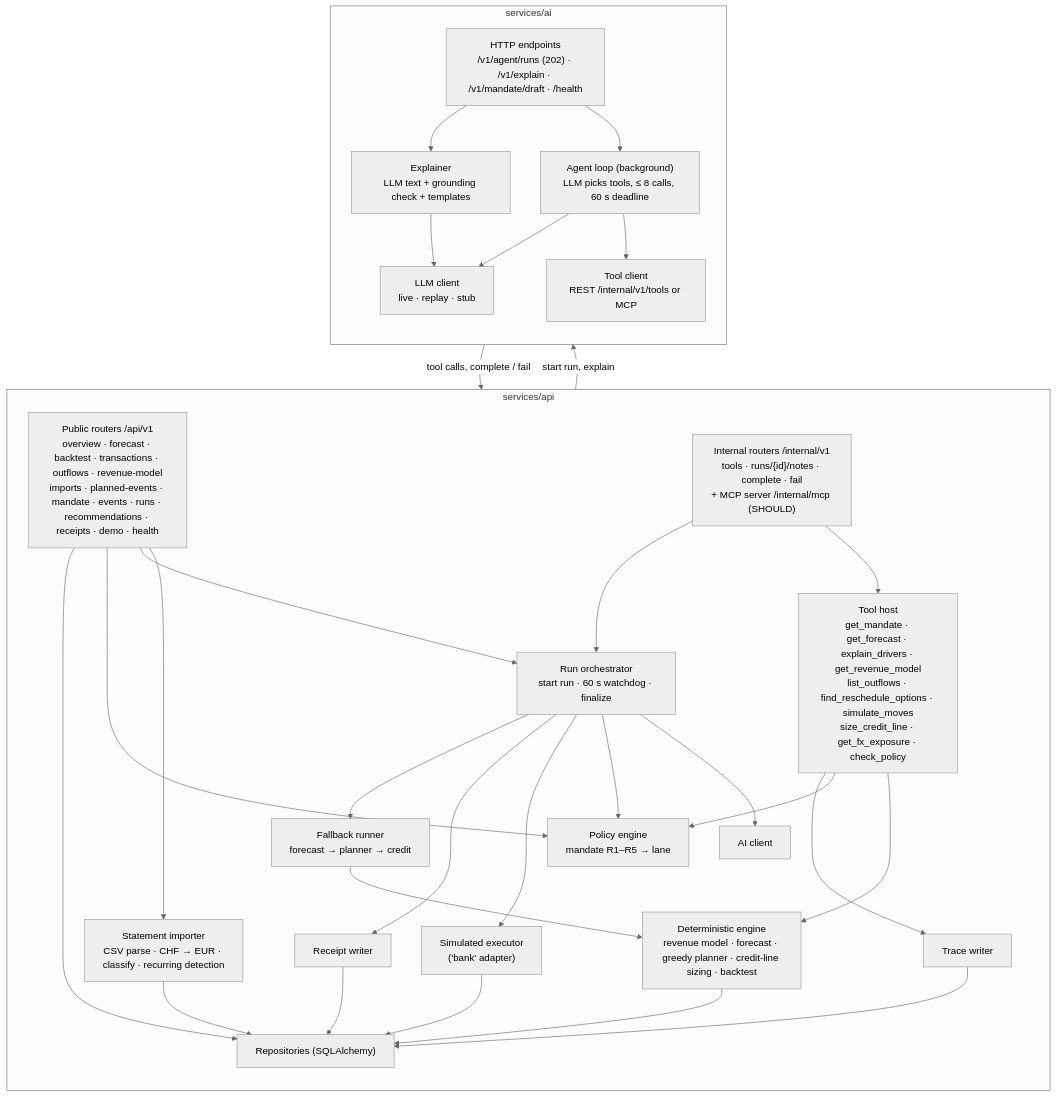
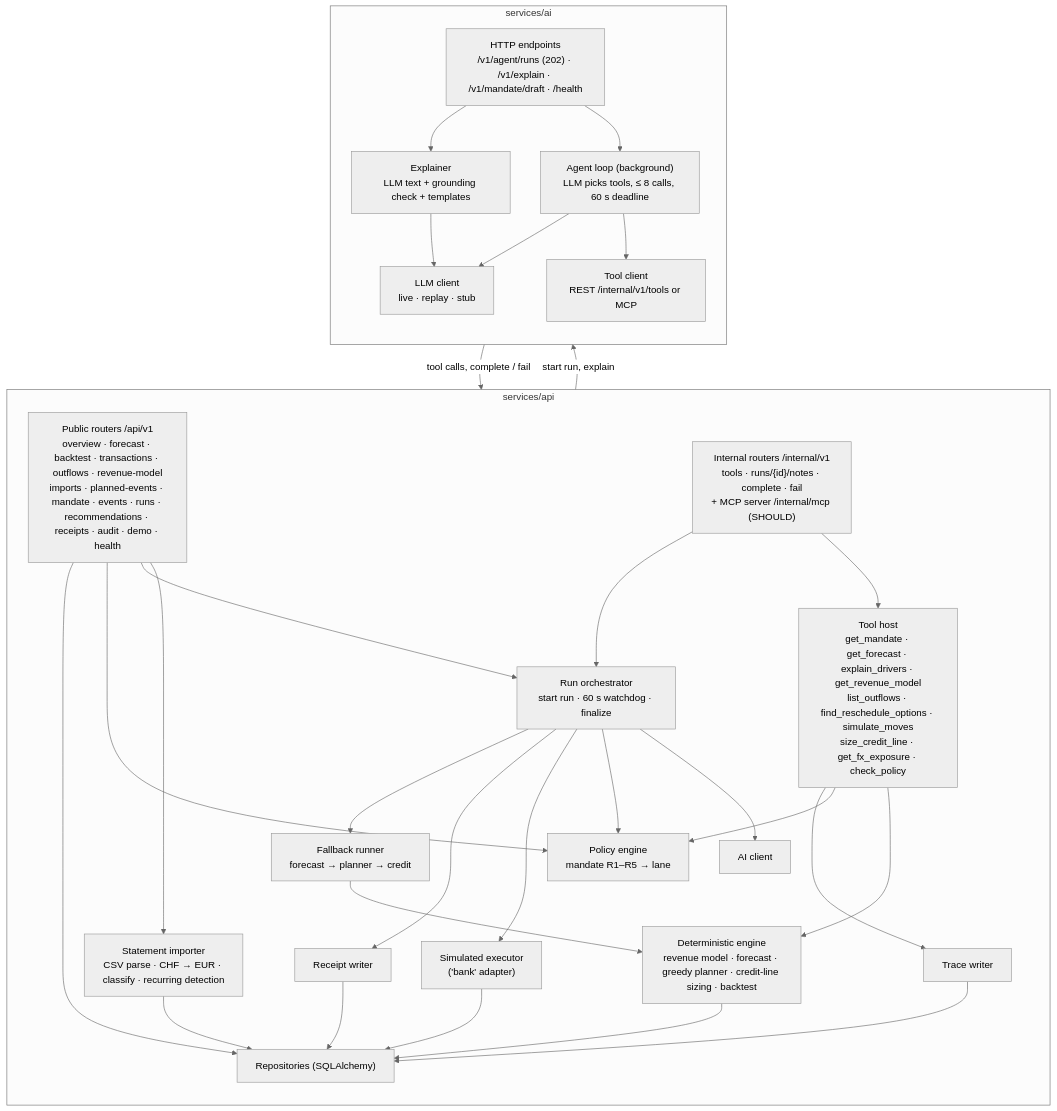
Before and after one commit to hold-my-laptop/autonomous-cfo: the third of 18 diagrams in docs/ARCHITECTURE.md, drawn with Mermaid (neutral theme). The commit also changed 14 other files, not shown here.

````diff
--- a/docs/ARCHITECTURE.md
+++ b/docs/ARCHITECTURE.md
@@ -60,56 +60,56 @@
 ```mermaid
 flowchart TB
   subgraph API["services/api"]
     direction TB
-    public["Public routers /api/v1<br/>overview · forecast · backtest · transactions · outflows · revenue-model<br/>imports · planned-events · mandate · events · runs · recommendations · receipts · demo · health"]
+    public["Public routers /api/v1<br/>overview · forecast · backtest · transactions · outflows · revenue-model<br/>imports · planned-events · mandate · events · runs · recommendations · receipts · audit · demo · health"]
     internal["Internal routers /internal/v1<br/>tools · runs/{id}/notes · complete · fail<br/>+ MCP server /internal/mcp (SHOULD)"]
     importer["Statement importer<br/>CSV parse · CHF → EUR · classify · recurring detection"]
     orchestrator["Run orchestrator<br/>start run · 60 s watchdog · finalize"]
     toolhost["Tool host<br/>get_mandate · get_forecast · explain_drivers · get_revenue_model<br/>list_outflows · find_reschedule_options · simulate_moves<br/>size_credit_line · get_fx_exposure · check_policy"]
     engine["Deterministic engine<br/>revenue model · forecast · greedy planner · credit-line sizing · backtest"]
     policy["Policy engine<br/>mandate R1–R5 → lane"]
     fallback["Fallback runner<br/>forecast → planner → credit"]
     executor["Simulated executor<br/>('bank' adapter)"]
     receipts["Receipt writer"]
     trace["Trace writer"]
     aiclient["AI client"]
     repo["Repositories (SQLAlchemy)"]
 
     public --> importer --> repo
     public --> orchestrator
     public --> policy
     public --> repo
     internal --> toolhost
     internal --> orchestrator
     toolhost --> engine
     toolhost --> policy
     toolhost --> trace
     orchestrator --> aiclient
     orchestrator --> policy
     orchestrator --> executor
     orchestrator --> receipts
     orchestrator --> fallback --> engine
     engine --> repo
     executor --> repo
     receipts --> repo
     trace --> repo
   end
 
   subgraph AI["services/ai"]
     direction TB
     endpoints["HTTP endpoints<br/>/v1/agent/runs (202) · /v1/explain · /v1/mandate/draft · /health"]
     agent["Agent loop (background)<br/>LLM picks tools, ≤ 8 calls, 60 s deadline"]
     toolclient["Tool client<br/>REST /internal/v1/tools or MCP"]
     explainer["Explainer<br/>LLM text + grounding check + templates"]
     llmclient["LLM client<br/>live · replay · stub"]
 
     endpoints --> agent
     endpoints --> explainer
     agent --> llmclient
     agent --> toolclient
     explainer --> llmclient
   end
 
   aiclient -- "start run, explain" --> endpoints
   toolclient -- "tool calls, complete / fail" --> internal
 ```
````
